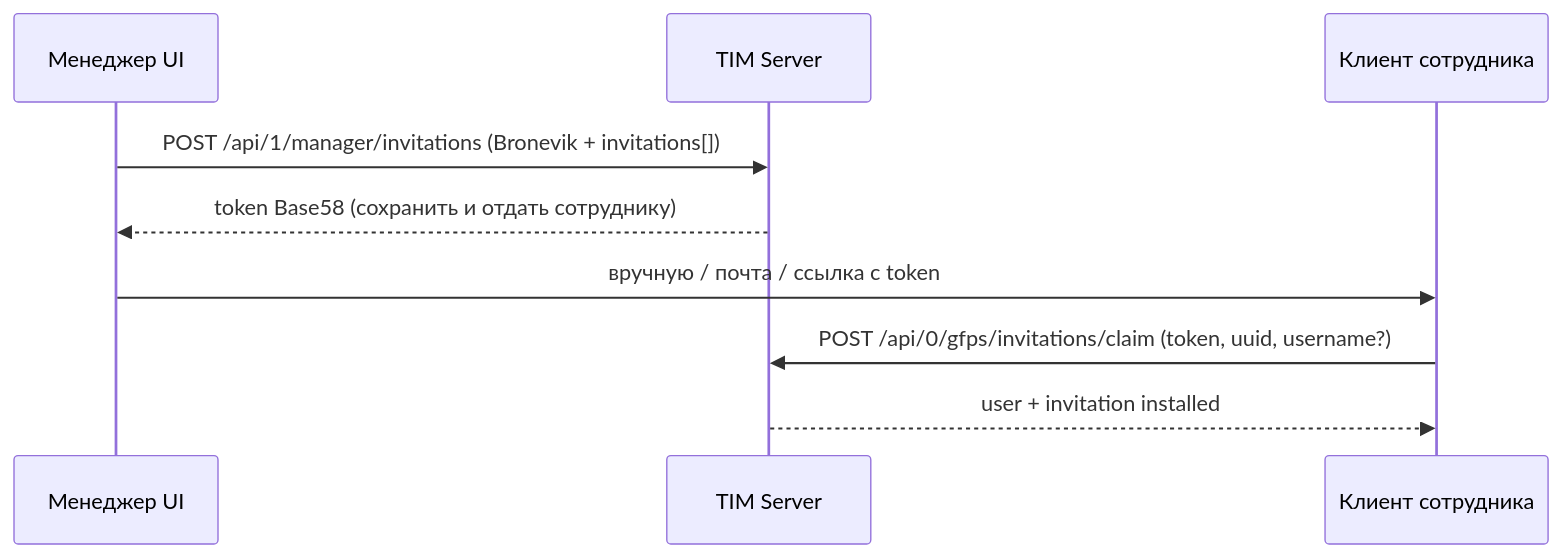
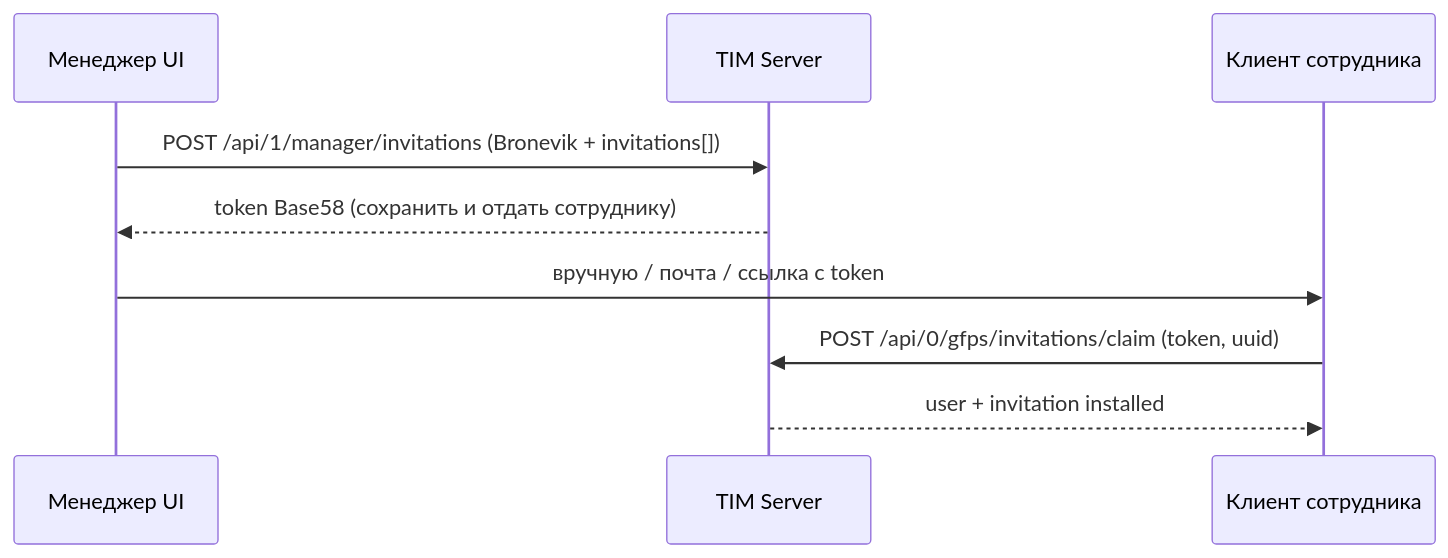
Before and after one commit to GFPC/GFPS_AW_Server: the diagram in docs/GFP_CLIENT_INVITATION_FLOW.md, drawn with Mermaid. The commit also changed other lines of this file and 7 other files, not shown here.

First line of the commit message:
claim: do not set username; remove debug prints; tests and docs

````diff
--- a/docs/GFP_CLIENT_INVITATION_FLOW.md
+++ b/docs/GFP_CLIENT_INVITATION_FLOW.md
@@ -233,12 +240,12 @@
 ```mermaid
 sequenceDiagram
   participant M as Менеджер UI
   participant API as TIM Server
   participant E as Клиент сотрудника
 
   M->>API: POST /api/1/manager/invitations (Bronevik + invitations[])
   API-->>M: token Base58 (сохранить и отдать сотруднику)
   M->>E: вручную / почта / ссылка с token
-  E->>API: POST /api/0/gfps/invitations/claim (token, uuid, username?)
+  E->>API: POST /api/0/gfps/invitations/claim (token, uuid)
   API-->>E: user + invitation installed
 ```
````
